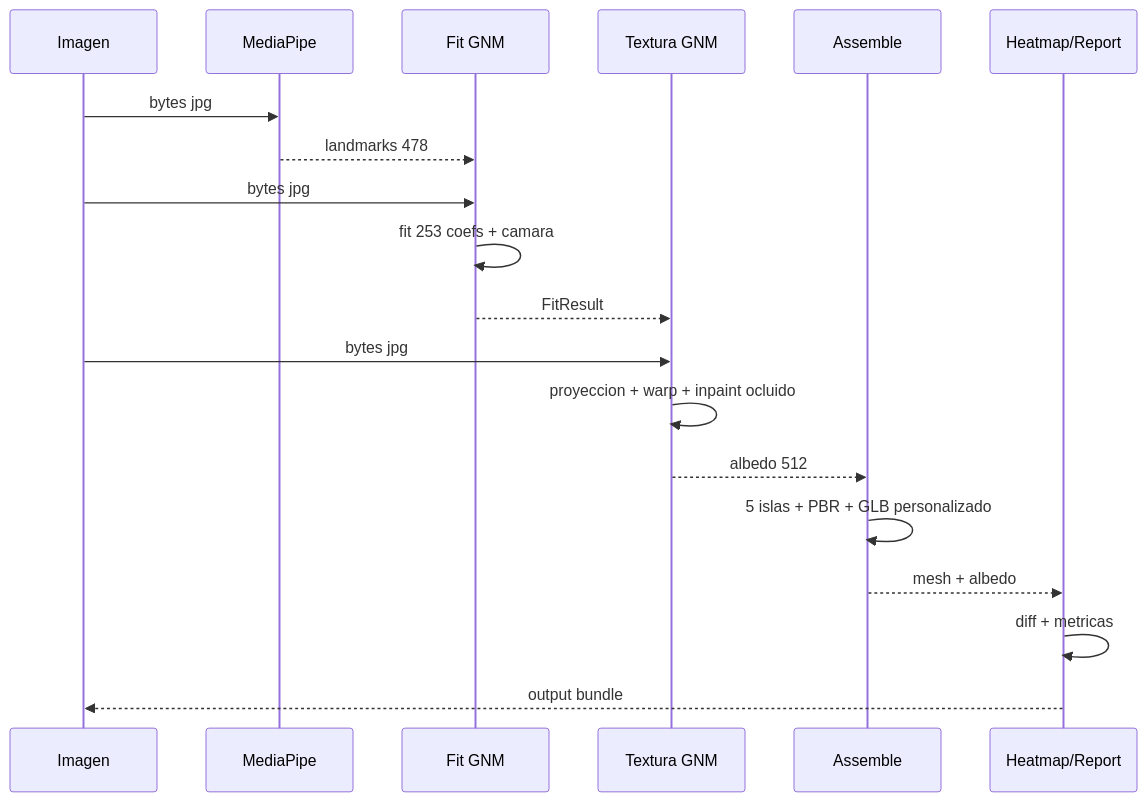
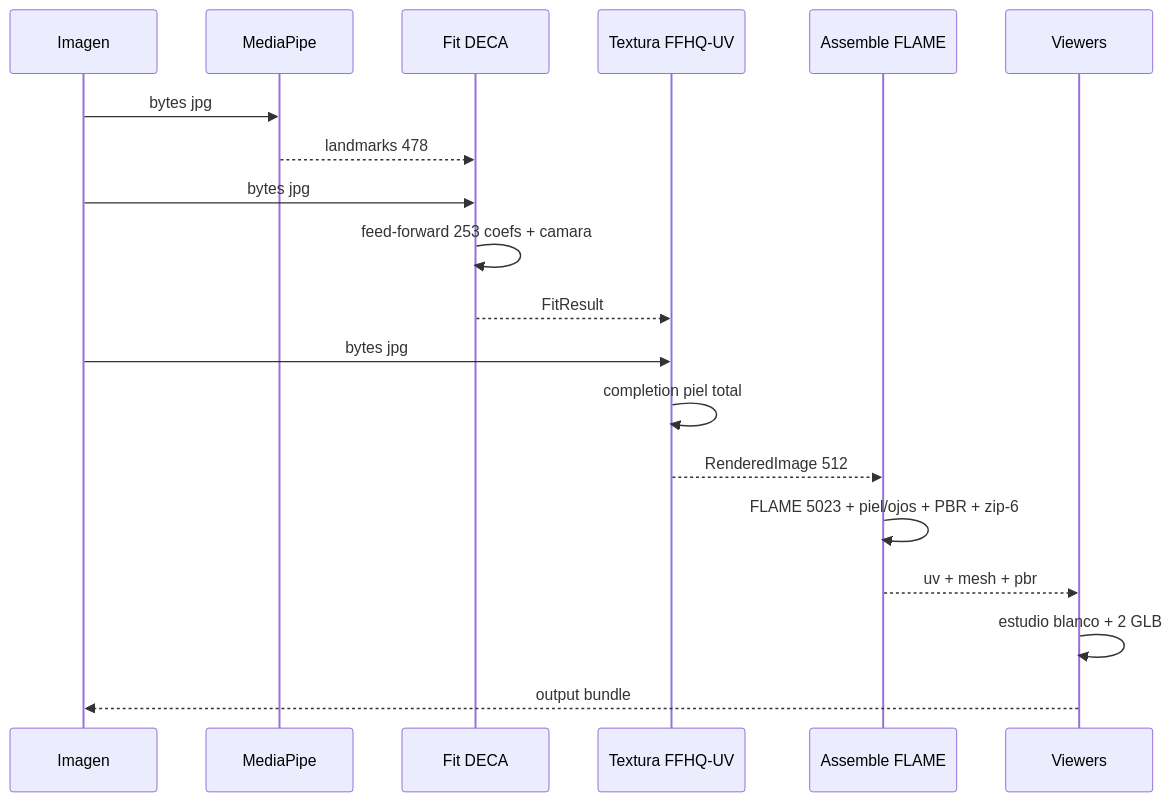
One commit to dinoesau/vultus changed the third of 4 diagrams in PIPELINE.md. Above: the diagram before and after it, drawn with Mermaid. The commit also changed other lines of this file and 6 other files, not shown here.

Commit message:
docs: FLAME render vocabulary, flow, setup and gates

````diff
--- a/PIPELINE.md
+++ b/PIPELINE.md
@@ -83,22 +81,22 @@
 ```mermaid
 sequenceDiagram
     participant I as Imagen
     participant MP as MediaPipe
-    participant FIT as Fit GNM
-    participant TX as Textura GNM
-    participant ASM as Assemble
-    participant HR as Heatmap/Report
+    participant FIT as Fit DECA
+    participant TX as Textura FFHQ-UV
+    participant ASM as Assemble FLAME
+    participant VW as Viewers
 
     I->>MP: bytes jpg
     MP-->>FIT: landmarks 478
     I->>FIT: bytes jpg
-    FIT->>FIT: fit 253 coefs + camara
+    FIT->>FIT: feed-forward 253 coefs + camara
     FIT-->>TX: FitResult
     I->>TX: bytes jpg
-    TX->>TX: proyeccion + warp + inpaint ocluido
-    TX-->>ASM: albedo 512
-    ASM->>ASM: 5 islas + PBR + GLB personalizado
-    ASM-->>HR: mesh + albedo
-    HR->>HR: diff + metricas
-    HR-->>I: output bundle
+    TX->>TX: completion piel total
+    TX-->>ASM: RenderedImage 512
+    ASM->>ASM: FLAME 5023 + piel/ojos + PBR + zip-6
+    ASM-->>VW: uv + mesh + pbr
+    VW->>VW: estudio blanco + 2 GLB
+    VW-->>I: output bundle
 ```
````
